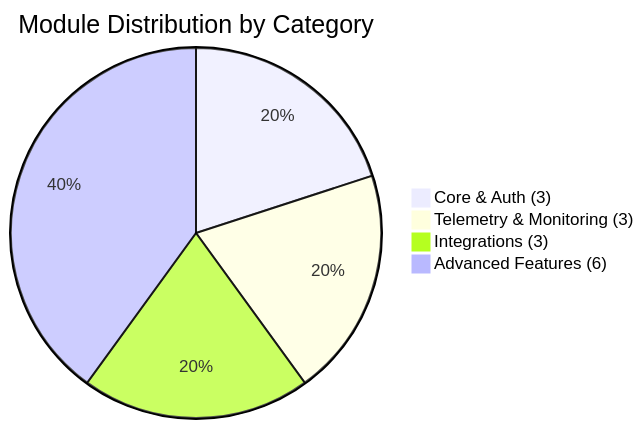
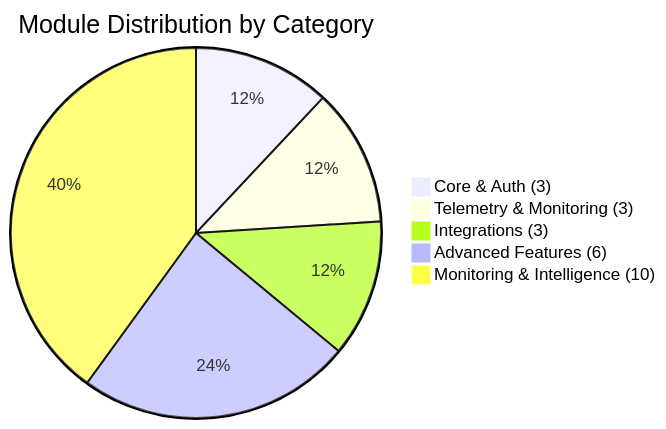
Before and after one commit to telemetryflow/telemetryflow-overview: the eighth of 17 diagrams in backend/00-BACKEND-OVERVIEW.md, drawn with Mermaid. The commit also changed other lines of this file and 68 other files, not shown here.

````diff
--- a/backend/00-BACKEND-OVERVIEW.md
+++ b/backend/00-BACKEND-OVERVIEW.md
@@ -366,7 +402,8 @@
 ```mermaid
 pie title Module Distribution by Category
     "Core & Auth (3)" : 3
     "Telemetry & Monitoring (3)" : 3
     "Integrations (3)" : 3
     "Advanced Features (6)" : 6
+    "Monitoring & Intelligence (10)" : 10
 ```
````
